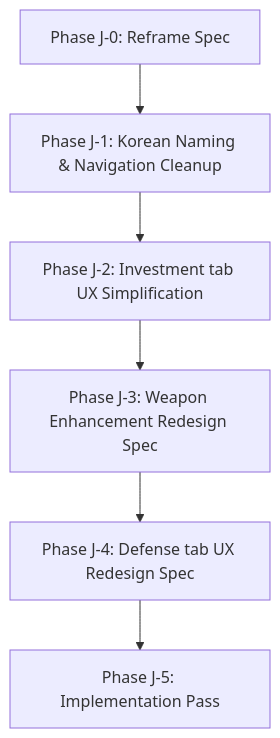
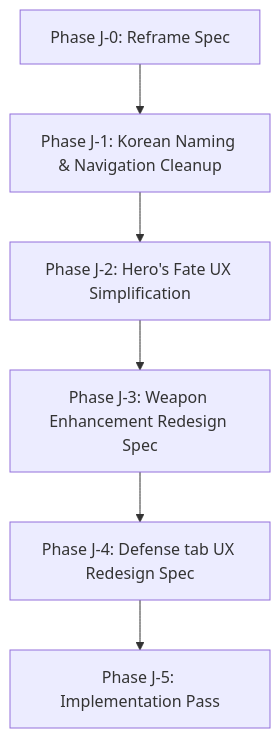
Before and after one commit to MinHyeok-lee1/money-game: the diagram in docs/PRODUCT_UX_REFRAME_PLAN.md, drawn with Mermaid. The commit also changed other lines of this file and 4 other files, not shown here.

Commit message:
🧭 docs(product): plan Hero's Fate survival prediction rework

````diff
--- a/docs/PRODUCT_UX_REFRAME_PLAN.md
+++ b/docs/PRODUCT_UX_REFRAME_PLAN.md
@@ -105,8 +105,8 @@
 ```mermaid
 graph TD
     J0[Phase J-0: Reframe Spec] --> J1[Phase J-1: Korean Naming & Navigation Cleanup]
-    J1 --> J2[Phase J-2: Investment tab UX Simplification]
+    J1 --> J2[Phase J-2: Hero's Fate UX Simplification]
     J2 --> J3[Phase J-3: Weapon Enhancement Redesign Spec]
     J3 --> J4[Phase J-4: Defense tab UX Redesign Spec]
     J4 --> J5[Phase J-5: Implementation Pass]
 ```
````
